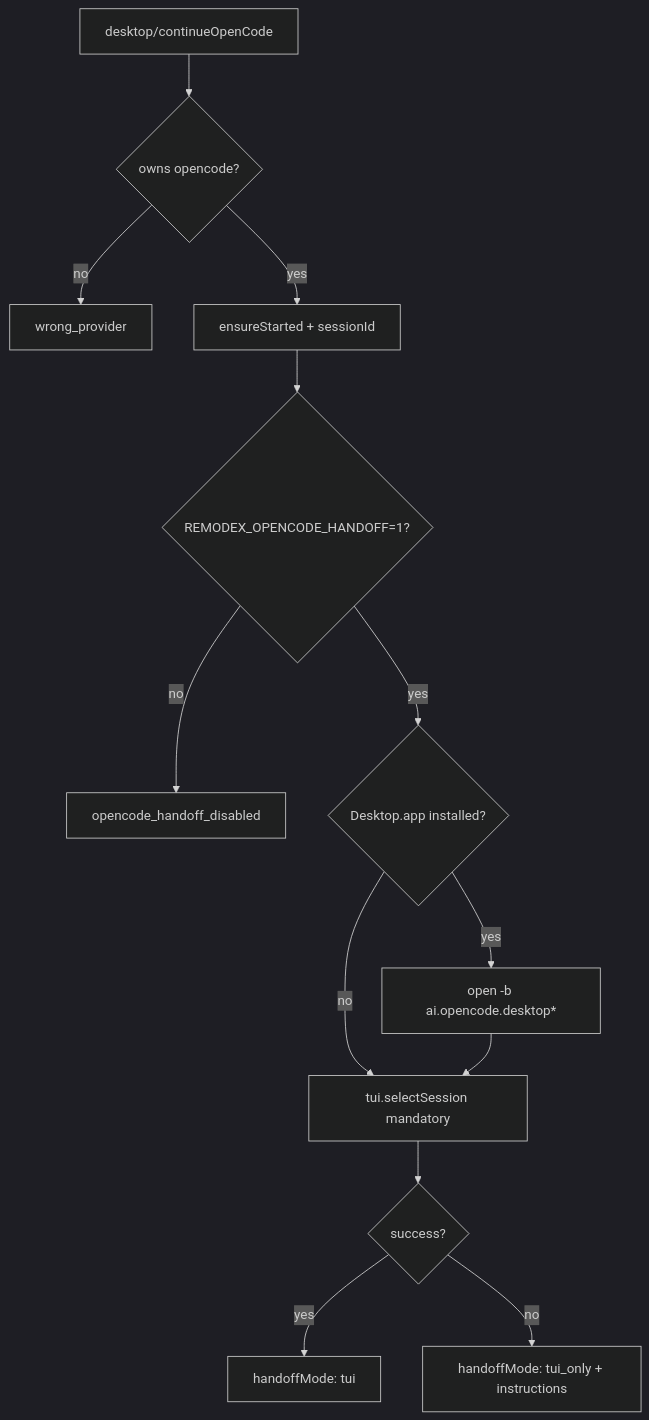
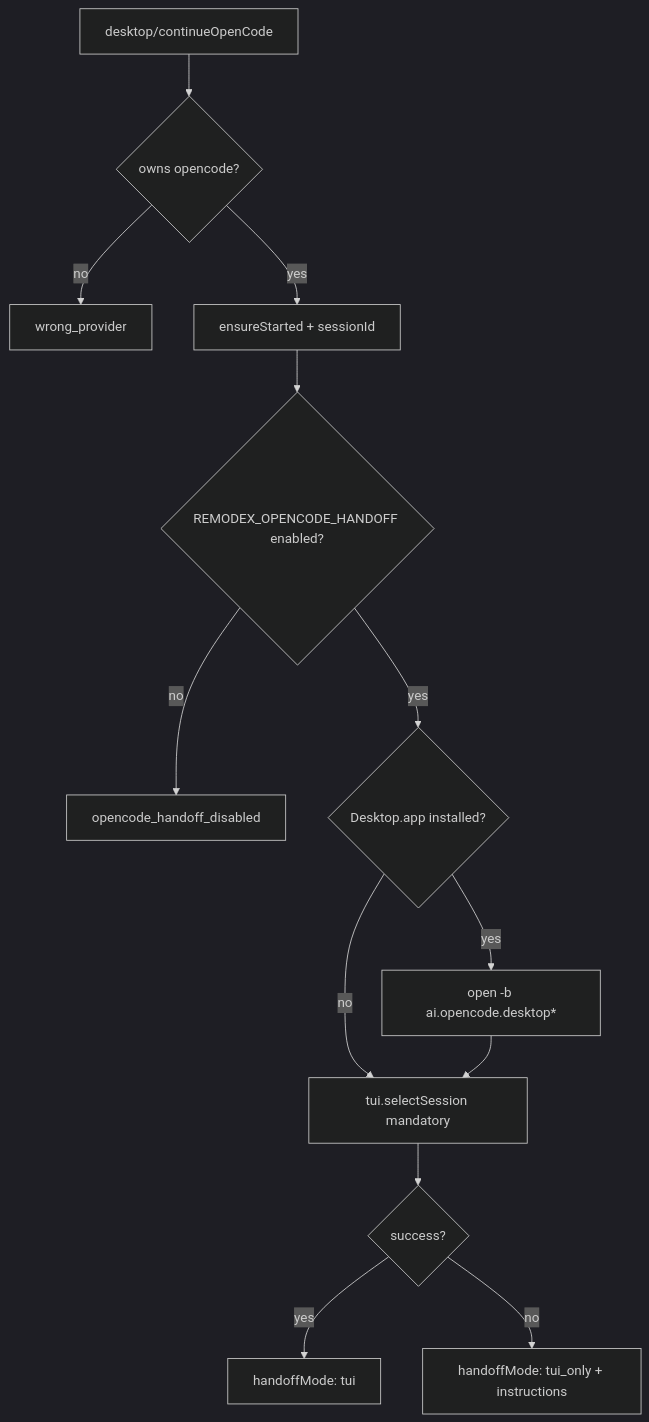
Before and after one commit to kartikkabadi/remodex: the fourth of 4 diagrams in docs/design/master-opencode-integration.md, drawn with Mermaid (dark theme). The commit also changed other lines of this file and 18 other files, not shown here.

````diff
--- a/docs/design/master-opencode-integration.md
+++ b/docs/design/master-opencode-integration.md
@@ -494,15 +494,15 @@
 ```mermaid
 flowchart TD
   A[desktop/continueOpenCode] --> B{owns opencode?}
   B -->|no| X[wrong_provider]
   B -->|yes| C[ensureStarted + sessionId]
-  C --> D{REMODEX_OPENCODE_HANDOFF=1?}
+  C --> D{REMODEX_OPENCODE_HANDOFF enabled?}
   D -->|no| Y[opencode_handoff_disabled]
   D -->|yes| E{Desktop.app installed?}
   E -->|yes| F[open -b ai.opencode.desktop*]
   E -->|no| G
   F --> G[tui.selectSession mandatory]
   G --> H{success?}
   H -->|yes| OK[handoffMode: tui]
   H -->|no| Z[handoffMode: tui_only + instructions]
 ```
````
